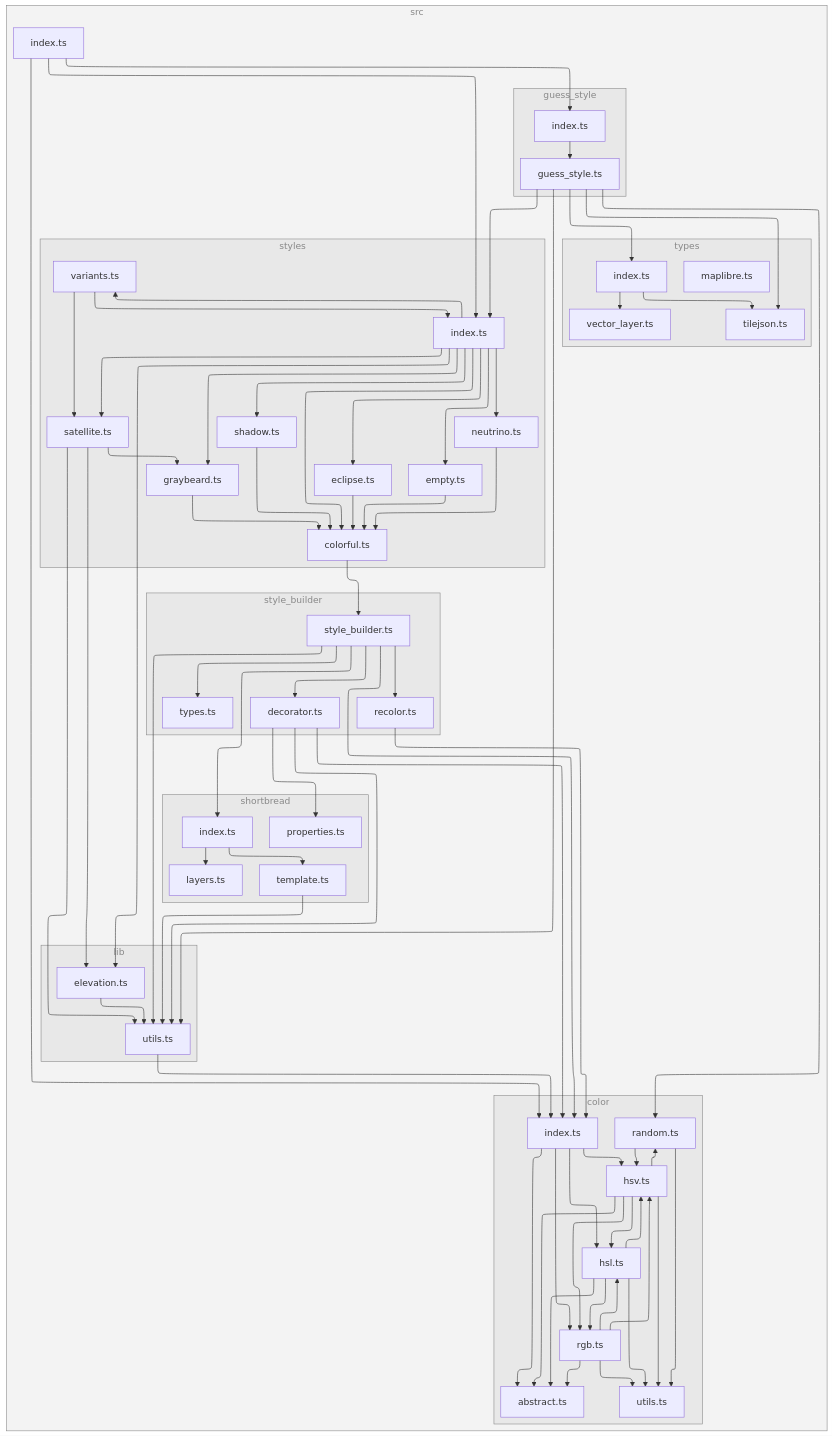
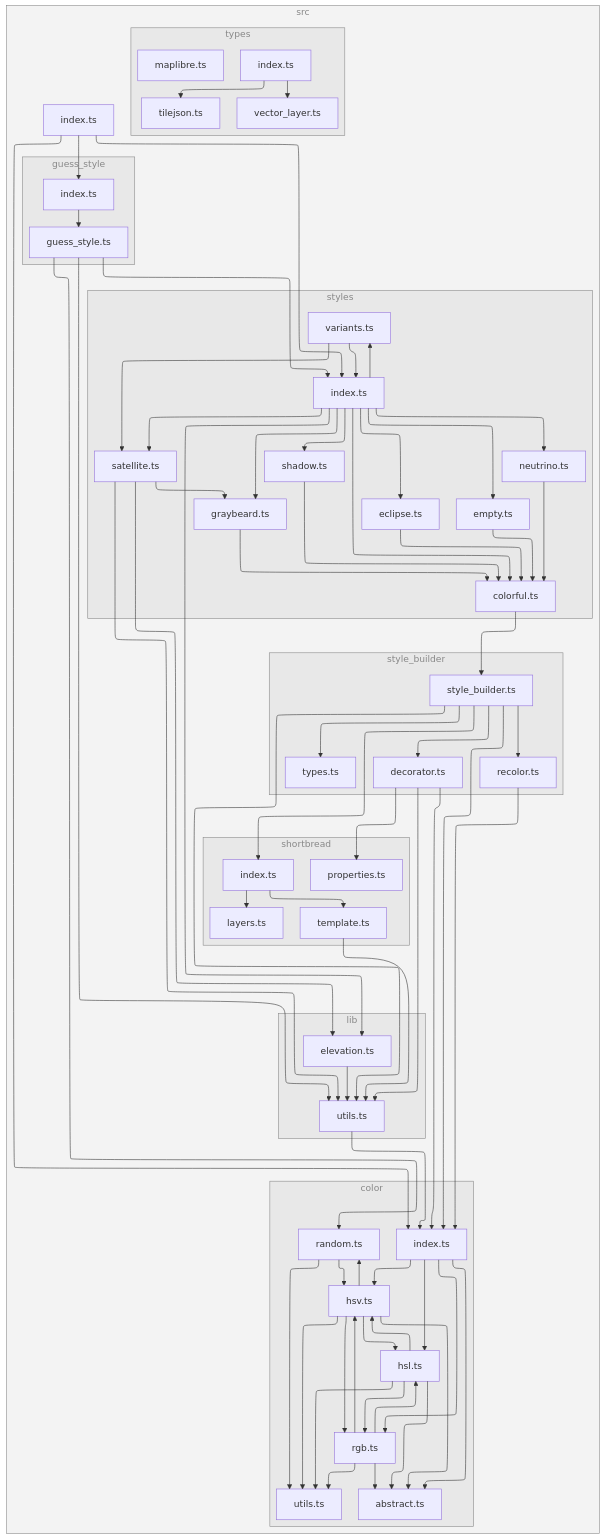
Before and after one commit to versatiles-org/versatiles-style: the diagram in README.md, drawn with Mermaid.

Commit message:
fix: update diagram structure in README for clarity and organization

````diff
--- a/README.md
+++ b/README.md
@@ -167,7 +167,7 @@
 end
 subgraph 9["guess_style"]
 A["guess_style.ts"]
-12["index.ts"]
+Y["index.ts"]
 end
 subgraph B["lib"]
 C["utils.ts"]
@@ -196,13 +196,13 @@
 M["template.ts"]
 O["properties.ts"]
 end
-subgraph Y["types"]
 Z["index.ts"]
-10["tilejson.ts"]
-11["vector_layer.ts"]
+subgraph 10["types"]
+11["index.ts"]
+12["tilejson.ts"]
+13["vector_layer.ts"]
 14["maplibre.ts"]
 end
-13["index.ts"]
 end
 3-->2
 3-->4
@@ -226,8 +226,6 @@
 A-->5
 A-->C
 A-->E
-A-->Z
-A-->10
 C-->8
 E-->F
 E-->G
@@ -263,13 +261,13 @@
 W-->G
 X-->E
 X-->V
-Z-->10
-Z-->11
-12-->A
-13-->8
-13-->12
-13-->E
+Y-->A
+Z-->8
+Z-->Y
+Z-->E
+11-->12
+11-->13
 
-class 0,1,9,B,D,H,J,Y subgraphs;
+class 0,1,9,B,D,H,J,10 subgraphs;
 classDef subgraphs fill-opacity:0.1, fill:#888, color:#888, stroke:#888;
 ```
````
